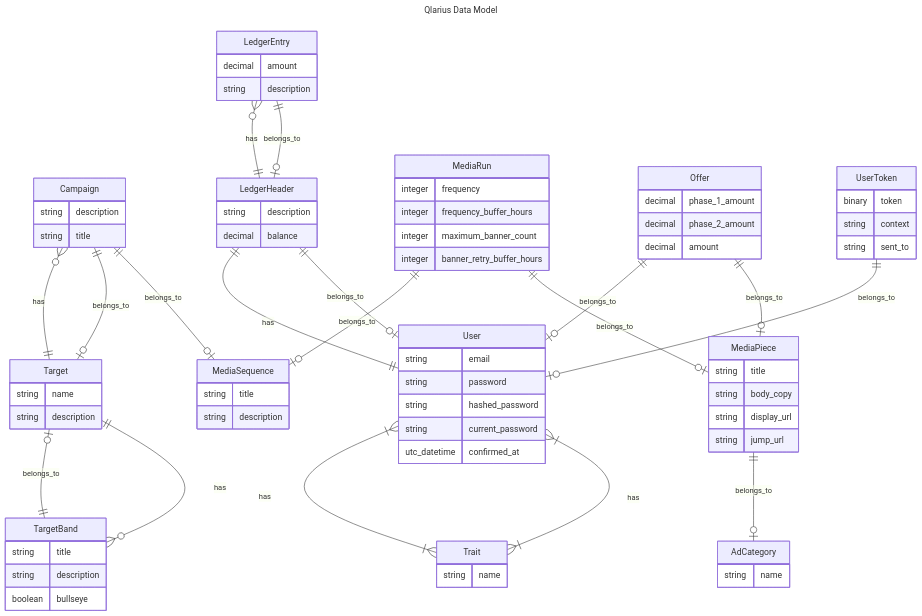
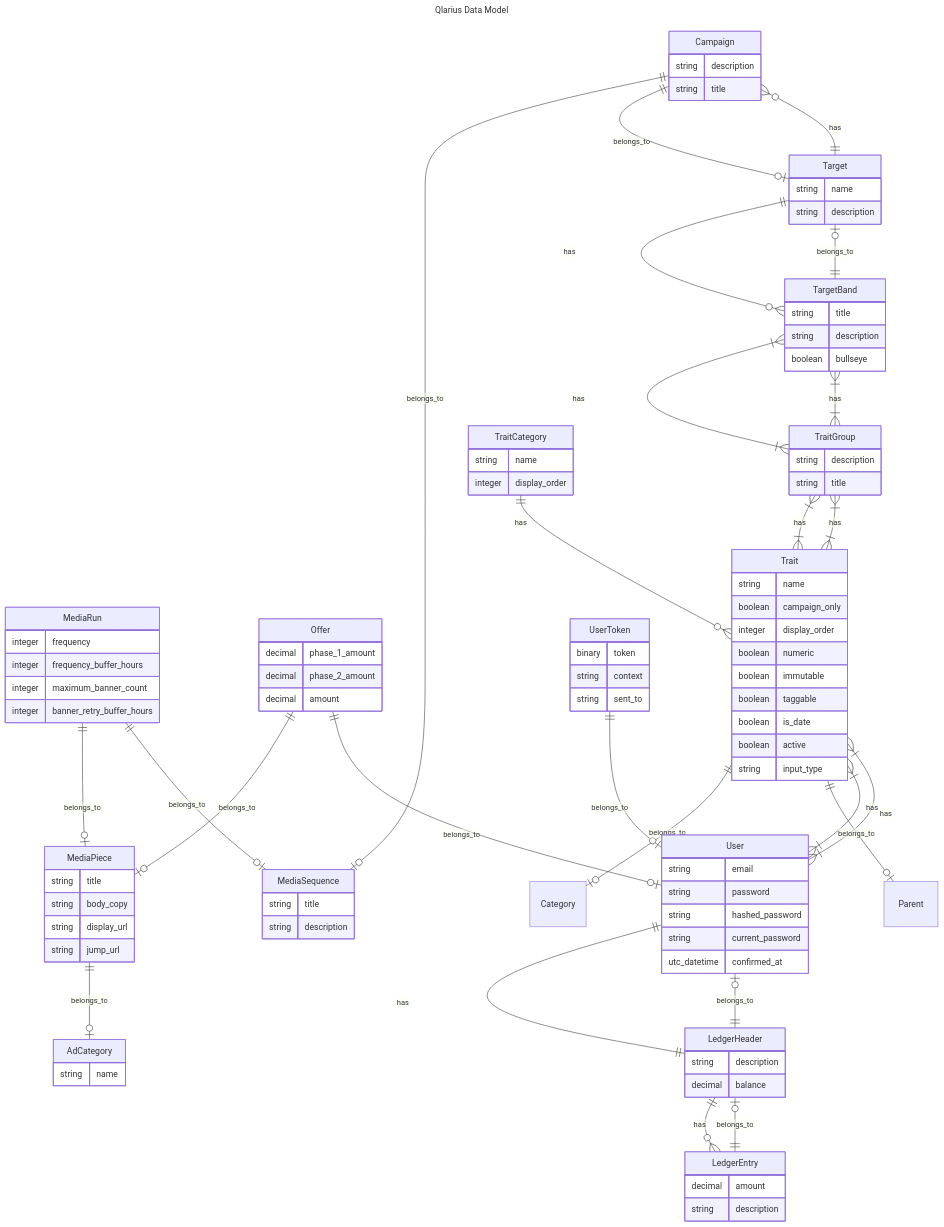
One commit to Qlarius/qlarius changed the diagram in docs/data_model.mmd. Above: the diagram before and after it, drawn with Mermaid. The commit also changed 8 other files, not shown here.

```diff
--- a/docs/data_model.mmd
+++ b/docs/data_model.mmd
@@ -1,94 +1,119 @@
 ---
 title: Qlarius Data Model
 ---
 erDiagram
     Campaign ||--o| MediaSequence : belongs_to
     Campaign ||--o| Target : belongs_to
     LedgerEntry ||--o| LedgerHeader : belongs_to
     LedgerHeader ||--o{ LedgerEntry : has
     LedgerHeader ||--o| User : belongs_to
     MediaPiece ||--o| AdCategory : belongs_to
     MediaRun ||--o| MediaPiece : belongs_to
     MediaRun ||--o| MediaSequence : belongs_to
     Offer ||--o| MediaPiece : belongs_to
     Offer ||--o| User : belongs_to
     Target ||--o{ Campaign : has
     Target ||--o{ TargetBand : has
     TargetBand ||--o| Target : belongs_to
+    TargetBand }|--|{ TraitGroup : has
+    Trait ||--o| Category : belongs_to
+    Trait ||--o| Parent : belongs_to
+    Trait }|--|{ TraitGroup : has
     Trait }|--|{ User : has
+    TraitCategory ||--o{ Trait : has
+    TraitGroup }|--|{ TargetBand : has
+    TraitGroup }|--|{ Trait : has
     User ||--|| LedgerHeader : has
     User }|--|{ Trait : has
     UserToken ||--o| User : belongs_to
 
     Trait {
         string name
+        boolean campaign_only
+        integer display_order
+        boolean numeric
+        boolean immutable
+        boolean taggable
+        boolean is_date
+        boolean active
+        string input_type
+    }
+
+    TraitCategory {
+        string name
+        integer display_order
     }
 
     Offer {
         decimal phase_1_amount
         decimal phase_2_amount
         decimal amount
     }
 
     User {
         string email
         string password
         string hashed_password
         string current_password
         utc_datetime confirmed_at
     }
 
     UserToken {
         binary token
         string context
         string sent_to
     }
 
     MediaSequence {
         string title
         string description
     }
 
     MediaRun {
         integer frequency
         integer frequency_buffer_hours
         integer maximum_banner_count
         integer banner_retry_buffer_hours
     }
 
     MediaPiece {
         string title
         string body_copy
         string display_url
         string jump_url
     }
 
     LedgerEntry {
         decimal amount
         string description
     }
 
     AdCategory {
         string name
     }
 
     TargetBand {
         string title
         string description
         boolean bullseye
     }
 
+    TraitGroup {
+        string description
+        string title
+    }
+
     Campaign {
         string description
         string title
     }
 
     Target {
         string name
         string description
     }
 
     LedgerHeader {
         string description
         decimal balance
     }
```
